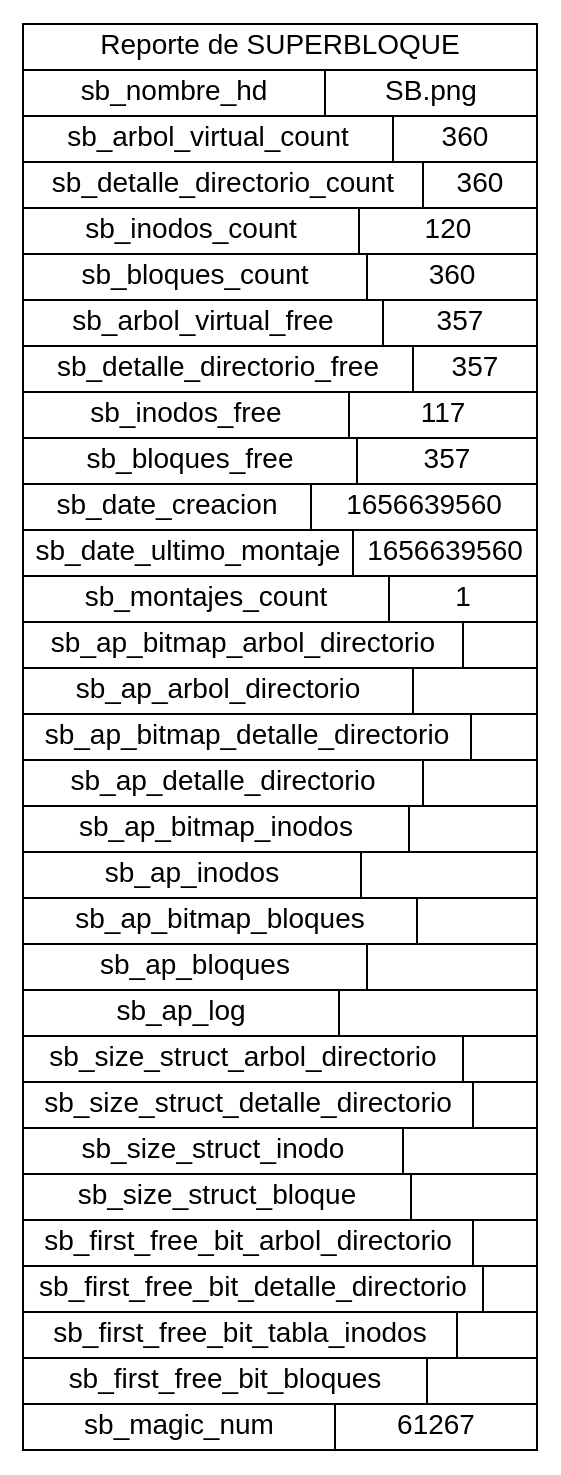
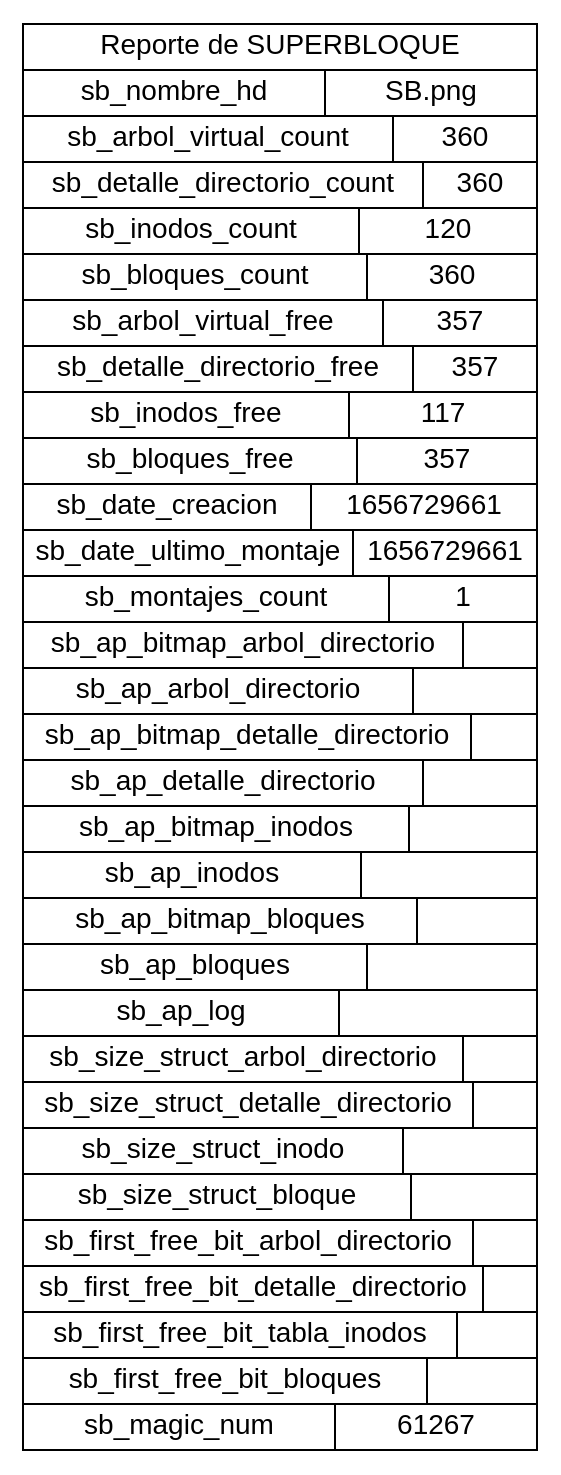
One commit to jona1403/Sistema-de-archivos changed the diagram in Source/ReporteSB.dot. Above: the diagram before and after it, drawn with Graphviz. The commit also changed 26 other files, not shown here.

```diff
--- a/Source/ReporteSB.dot
+++ b/Source/ReporteSB.dot
@@ -1,1 +1,1 @@
-digraph G{fontname="Helvetica,Arial,sans-serif"node [fontname="Helvetica,Arial,sans-serif"]edge [fontname="Helvetica,Arial,sans-serif"]concentrate=True;rankdir=LR;node [shape=record];1 [label="Reporte de SUPERBLOQUE | { sb_nombre_hd |SB.png}|{sb_arbol_virtual_count|360}|{sb_detalle_directorio_count|360}|{sb_inodos_count|120}|{sb_bloques_count|360}|{sb_arbol_virtual_free|357}|{sb_detalle_directorio_free|357}|{sb_inodos_free|117}|{sb_bloques_free|357}|{sb_date_creacion|1656639560}|{sb_date_ultimo_montaje|1656639560}|{sb_montajes_count|1}|{sb_ap_bitmap_arbol_directorio|}|{sb_ap_arbol_directorio|}|{sb_ap_bitmap_detalle_directorio|}|{sb_ap_detalle_directorio|}|{sb_ap_bitmap_inodos|}|{sb_ap_inodos|}|{sb_ap_bitmap_bloques|}|{sb_ap_bloques|}|{sb_ap_log|}|{sb_size_struct_arbol_directorio|}|{sb_size_struct_detalle_directorio|}|{sb_size_struct_inodo|}|{sb_size_struct_bloque|}|{sb_first_free_bit_arbol_directorio|}|{sb_first_free_bit_detalle_directorio|}|{sb_first_free_bit_tabla_inodos|}|{sb_first_free_bit_bloques|}|{sb_magic_num|61267}"];}
+digraph G{fontname="Helvetica,Arial,sans-serif"node [fontname="Helvetica,Arial,sans-serif"]edge [fontname="Helvetica,Arial,sans-serif"]concentrate=True;rankdir=LR;node [shape=record];1 [label="Reporte de SUPERBLOQUE | { sb_nombre_hd |SB.png}|{sb_arbol_virtual_count|360}|{sb_detalle_directorio_count|360}|{sb_inodos_count|120}|{sb_bloques_count|360}|{sb_arbol_virtual_free|357}|{sb_detalle_directorio_free|357}|{sb_inodos_free|117}|{sb_bloques_free|357}|{sb_date_creacion|1656729661}|{sb_date_ultimo_montaje|1656729661}|{sb_montajes_count|1}|{sb_ap_bitmap_arbol_directorio|}|{sb_ap_arbol_directorio|}|{sb_ap_bitmap_detalle_directorio|}|{sb_ap_detalle_directorio|}|{sb_ap_bitmap_inodos|}|{sb_ap_inodos|}|{sb_ap_bitmap_bloques|}|{sb_ap_bloques|}|{sb_ap_log|}|{sb_size_struct_arbol_directorio|}|{sb_size_struct_detalle_directorio|}|{sb_size_struct_inodo|}|{sb_size_struct_bloque|}|{sb_first_free_bit_arbol_directorio|}|{sb_first_free_bit_detalle_directorio|}|{sb_first_free_bit_tabla_inodos|}|{sb_first_free_bit_bloques|}|{sb_magic_num|61267}"];}
```
